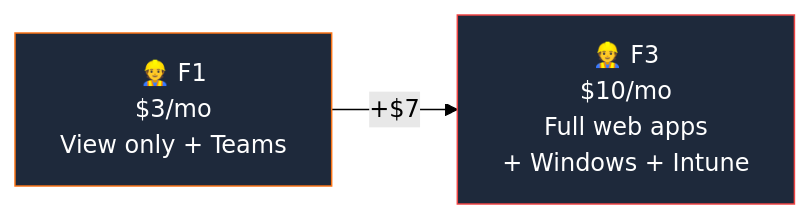
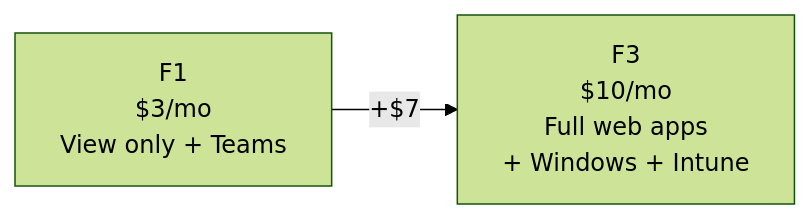
Before and after one commit to susanthgit/aguidetocloud-revamp: the first of 2 diagrams in content/licensing/microsoft-365-frontline.md, drawn with Mermaid (forest theme). The commit also changed other lines of this file and 553 other files, not shown here.

First line of the commit message:
🌸 Z17: Zen Mermaid diagrams — Stripe Docs style

````diff
--- a/content/licensing/microsoft-365-frontline.md
+++ b/content/licensing/microsoft-365-frontline.md
@@ -53,8 +53,6 @@
 ```mermaid
 flowchart LR
-    F1["👷 F1\n$3/mo\nView only + Teams"]
-    F3["👷 F3\n$10/mo\nFull web apps\n+ Windows + Intune"]
+    F1["F1<br/>$3/mo<br/>View only + Teams"]
+    F3["F3<br/>$10/mo<br/>Full web apps<br/>+ Windows + Intune"]
     F1 -->|"+$7"| F3
-    style F1 fill:#1e293b,stroke:#f97316,color:#ffffff
-    style F3 fill:#1e293b,stroke:#ef4444,color:#ffffff
 ```
````
